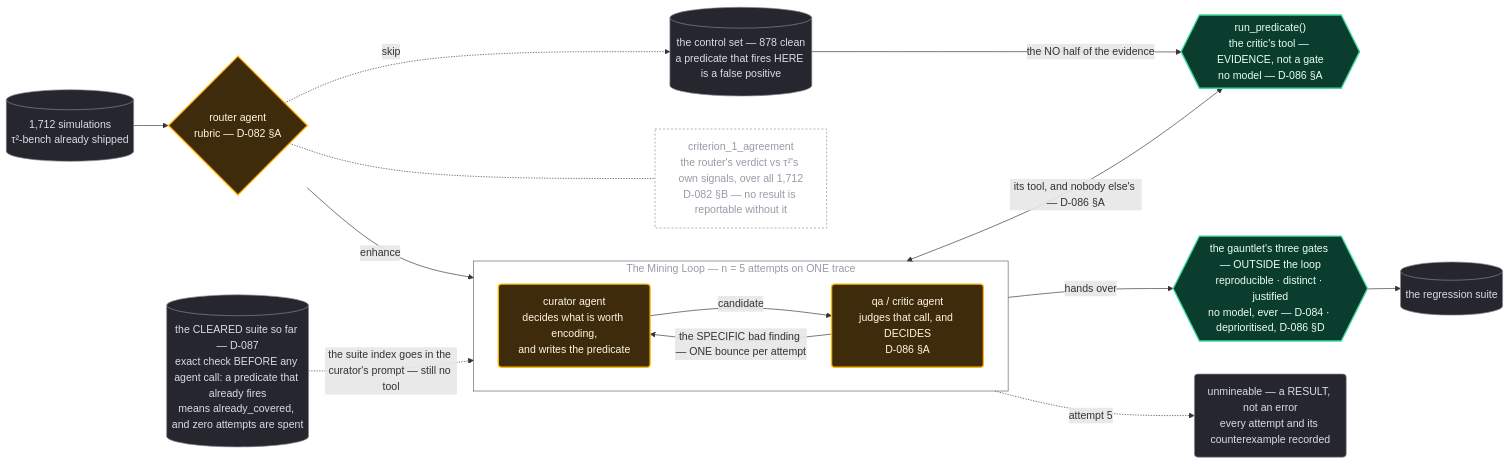
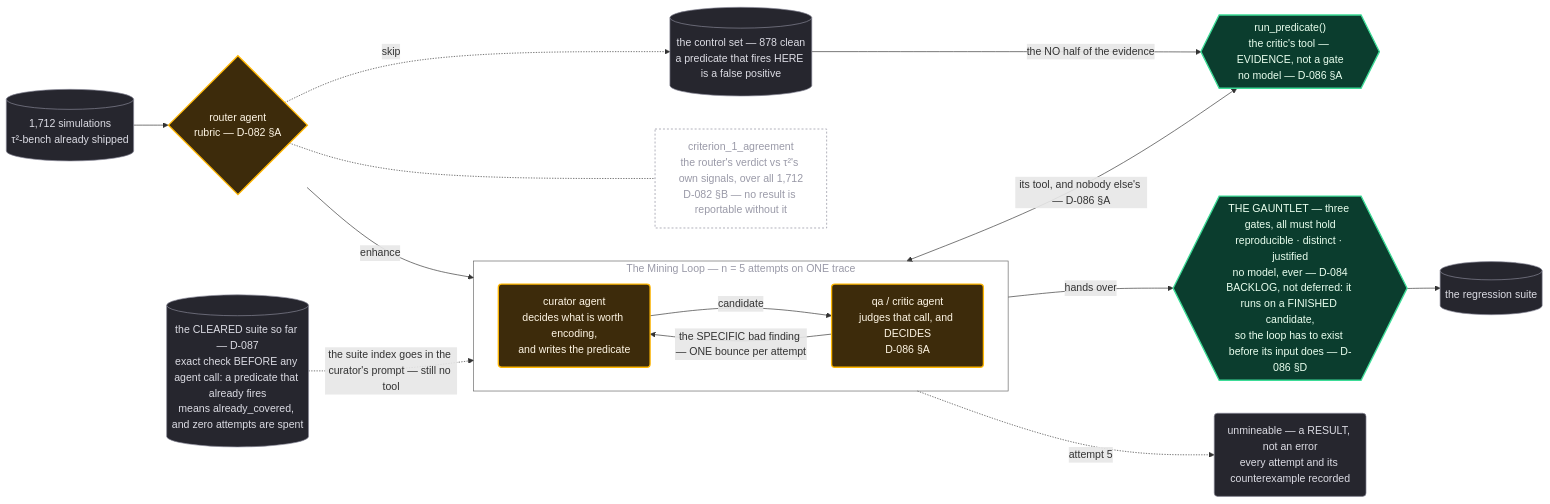
The diagram in diagrams/agents.mmd (sandeepyadav1478/touchstone), drawn with Mermaid before and after one commit. The commit also changed 3 other files, not shown here.

First line of the commit message:
The gauntlet is backlog, not deferred -- and the difference is a dependency

```diff
--- a/diagrams/agents.mmd
+++ b/diagrams/agents.mmd
@@ -1,48 +1,48 @@
 %% touchstone — the mining loop's three agents, and where the decision sits. D-082, D-086.
 %% The chain: router -> curator <-> critic <-> run_predicate, then critic -> the gauntlet -> suite.
 %% Every green node is mechanical. D-086: run_predicate is EVIDENCE the critic reads, not a gate.
 flowchart LR
 
   IN[("1,712 simulations<br/>τ²-bench already shipped")]
   ROUTER{"router agent<br/>rubric — D-082 §A"}
 
   subgraph LOOP["The Mining Loop — n = 5 attempts on ONE trace"]
     direction LR
     CURATOR("curator agent<br/>decides what is worth encoding,<br/>and writes the predicate")
     CRITIC("qa / critic agent<br/>judges that call, and DECIDES<br/>D-086 §A")
     CURATOR -- "candidate" --> CRITIC
     CRITIC -- "the SPECIFIC bad finding — ONE bounce per attempt" --> CURATOR
   end
 
   TEST{{"run_predicate()<br/>the critic's tool — EVIDENCE, not a gate<br/>no model — D-086 §A"}}
-  GAUNTLET{{"the gauntlet's three gates — OUTSIDE the loop<br/>reproducible · distinct · justified<br/>no model, ever — D-084 · deprioritised, D-086 §D"}}
+  GAUNTLET{{"THE GAUNTLET — three gates, all must hold<br/>reproducible · distinct · justified<br/>no model, ever — D-084<br/>BACKLOG, not deferred: it runs on a FINISHED candidate,<br/>so the loop has to exist before its input does — D-086 §D"}}
   SUITE[("the regression suite")]
   CONTROL[("the control set — 878 clean<br/>a predicate that fires HERE is a false positive")]
   UNMINED("unmineable — a RESULT, not an error<br/>every attempt and its counterexample recorded")
   CAL["criterion_1_agreement<br/>the router's verdict vs τ²'s own signals, over all 1,712<br/>D-082 §B — no result is reportable without it"]
 
   CLEARED[("the CLEARED suite so far — D-087<br/>exact check BEFORE any agent call: a predicate that already fires<br/>means already_covered, and zero attempts are spent")]
 
   IN --> ROUTER
   CLEARED -. "the suite index goes in the curator's prompt — still no tool" .-> CURATOR
   ROUTER -- "enhance" --> CURATOR
   ROUTER -. "skip" .-> CONTROL
   CRITIC <-- "its tool, and nobody else's — D-086 §A" --> TEST
   CONTROL -- "the NO half of the evidence" --> TEST
   CRITIC -- "hands over" --> GAUNTLET
   CRITIC -. "attempt 5" .-> UNMINED
   GAUNTLET --> SUITE
   ROUTER -.- CAL
 
   classDef agent fill:#3d2b0b,stroke:#ffb703,stroke-width:2px,color:#fff6e5
   classDef mech  fill:#0b3d2e,stroke:#3ddc97,stroke-width:2px,color:#eaffef
   classDef data  fill:#26262e,stroke:#8a8a99,color:#dcdce4
   classDef note  fill:none,stroke:#8a8a99,stroke-dasharray:3 3,color:#9a9aa8
   classDef box   fill:none,stroke:#666,color:#9a9aa8
 
   class ROUTER,CURATOR,CRITIC agent
   class TEST,GAUNTLET mech
   class IN,SUITE,CONTROL,UNMINED data
   class CAL note
   class CLEARED data
   class LOOP box
```
